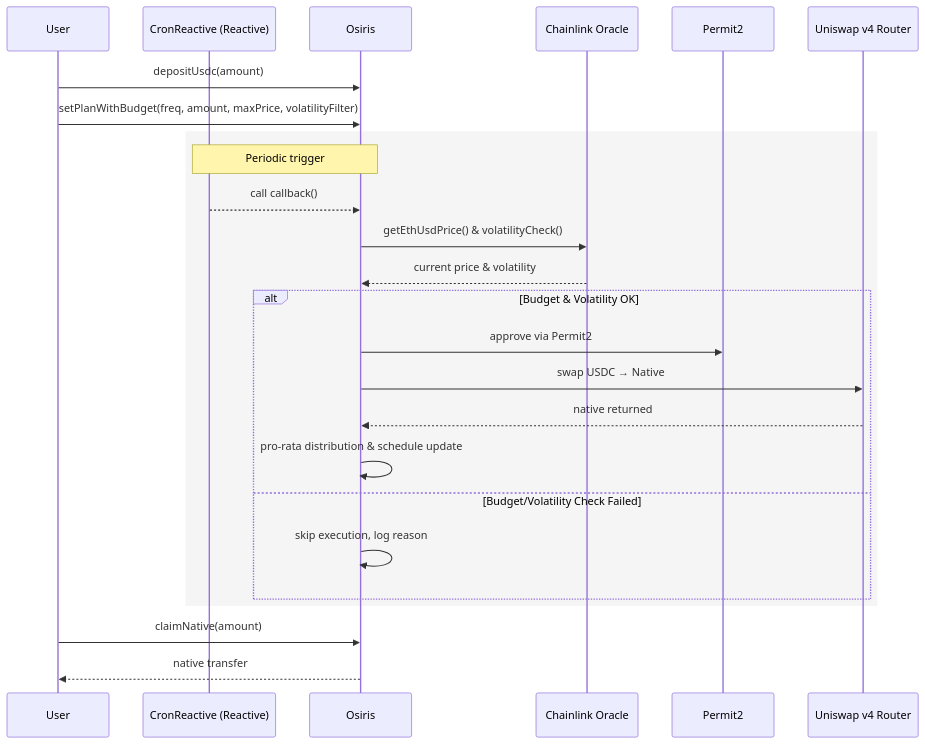
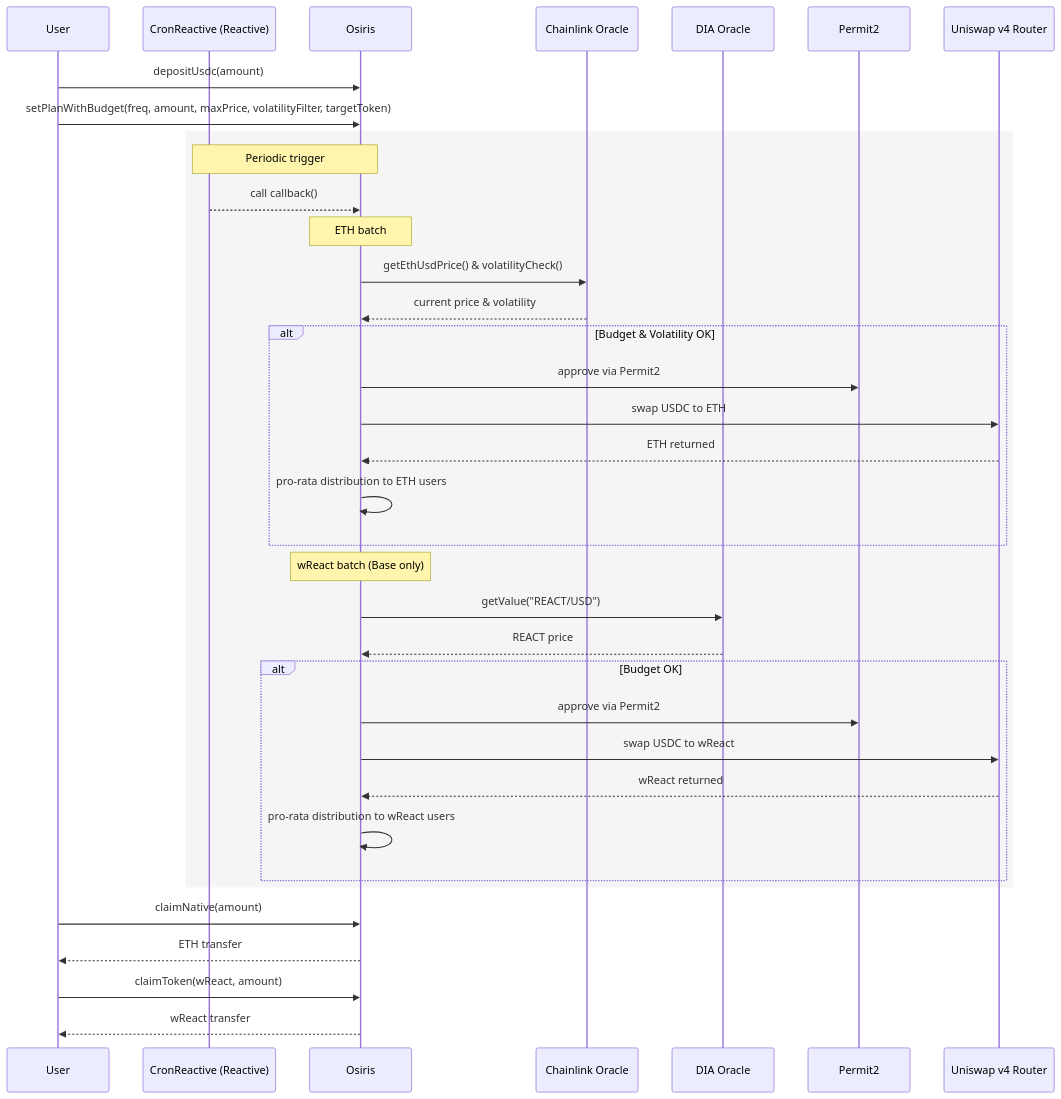
The second of 2 diagrams in README.md (Le-Caignec/Osiris), drawn with Mermaid before and after one commit. The commit also changed other lines of this file and 43 other files, not shown here.

````diff
--- a/README.md
+++ b/README.md
@@ -203,30 +276,43 @@
 ```mermaid
 sequenceDiagram
     participant U as User
     participant CR as CronReactive (Reactive)
     participant V as Osiris
     participant CL as Chainlink Oracle
+    participant DIA as DIA Oracle
     participant P2 as Permit2
     participant U4 as Uniswap v4 Router
 
     U->>V: depositUsdc(amount)
-    U->>V: setPlanWithBudget(freq, amount, maxPrice, volatilityFilter)
+    U->>V: setPlanWithBudget(freq, amount, maxPrice, volatilityFilter, targetToken)
 
     rect rgb(245,245,245)
     Note over CR,V: Periodic trigger
     CR-->>V: call callback()
+
+    Note over V: ETH batch
     V->>CL: getEthUsdPrice() & volatilityCheck()
     CL-->>V: current price & volatility
     alt Budget & Volatility OK
         V->>P2: approve via Permit2
-        V->>U4: swap USDC → Native
-        U4-->>V: native returned
-        V->>V: pro-rata distribution & schedule update
-    else Budget/Volatility Check Failed
-        V->>V: skip execution, log reason
+        V->>U4: swap USDC to ETH
+        U4-->>V: ETH returned
+        V->>V: pro-rata distribution to ETH users
+    end
+
+    Note over V: wReact batch (Base only)
+    V->>DIA: getValue("REACT/USD")
+    DIA-->>V: REACT price
+    alt Budget OK
+        V->>P2: approve via Permit2
+        V->>U4: swap USDC to wReact
+        U4-->>V: wReact returned
+        V->>V: pro-rata distribution to wReact users
     end
     end
 
     U->>V: claimNative(amount)
-    V-->>U: native transfer
+    V-->>U: ETH transfer
+    U->>V: claimToken(wReact, amount)
+    V-->>U: wReact transfer
 ```
````
